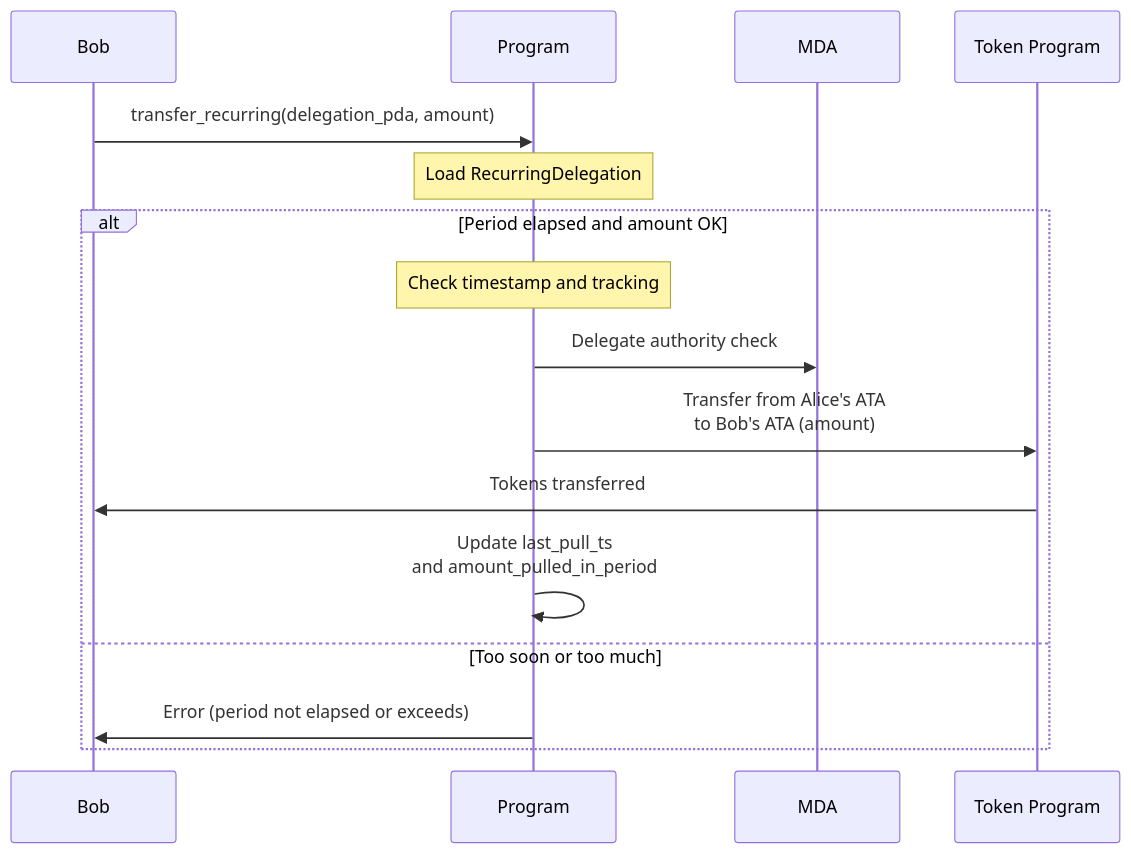
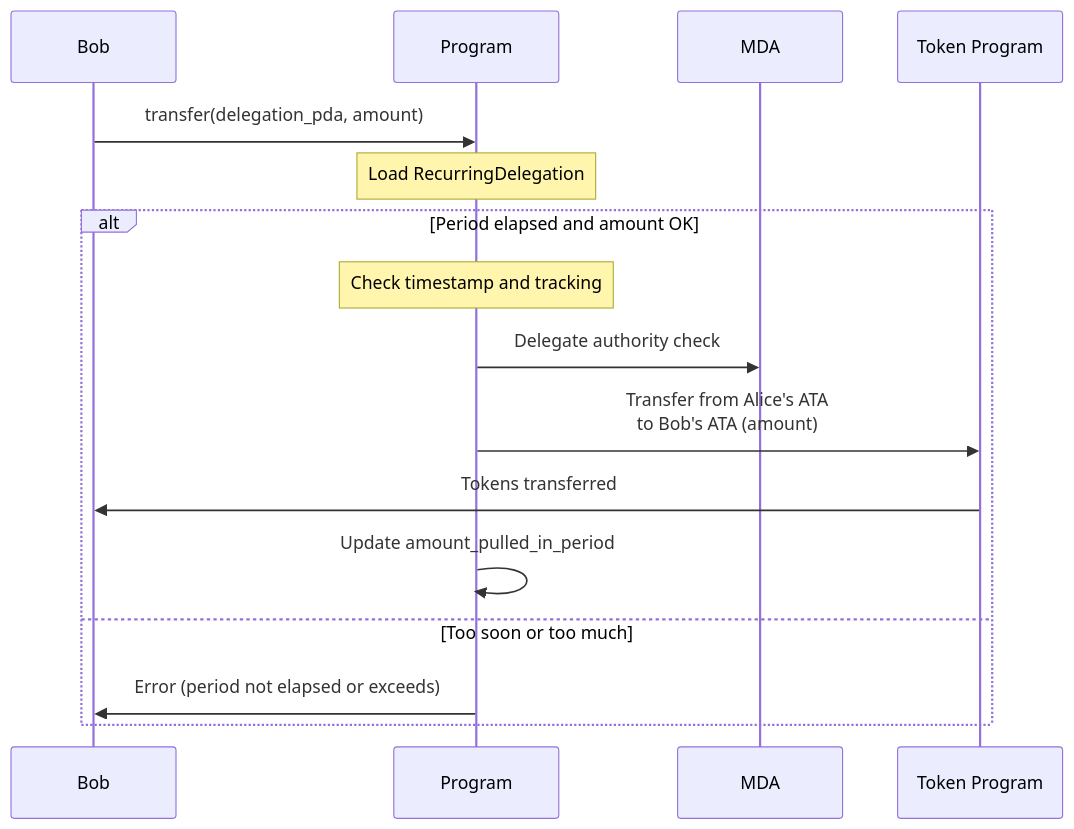
The sixth of 6 diagrams in docs/001-multi-delegator-architecture.md (solana-program/multi-delegator), drawn with Mermaid before and after one commit. The commit also changed other lines of this file and 31 other files, not shown here.

First line of the commit message:
feat: Add transfer_fixed and transfer_recurring instructions (#19)

````diff
--- a/docs/001-multi-delegator-architecture.md
+++ b/docs/001-multi-delegator-architecture.md
@@ -124,20 +124,20 @@
 ```mermaid
 sequenceDiagram
     participant B as Bob
     participant P as Program
     participant MDA as MDA
     participant T as Token Program
 
-    B->>P: transfer_recurring(delegation_pda, amount)
+    B->>P: transfer(delegation_pda, amount)
     Note over P: Load RecurringDelegation
 
     alt Period elapsed and amount OK
         Note over P: Check timestamp and tracking
         P->>MDA: Delegate authority check
         P->>T: Transfer from Alice's ATA<br/>to Bob's ATA (amount)
         T->>B: Tokens transferred
-        P->>P: Update last_pull_ts<br/>and amount_pulled_in_period
+        P->>P: Update amount_pulled_in_period
     else Too soon or too much
         P->>B: Error (period not elapsed or exceeds)
     end
 ```
````
